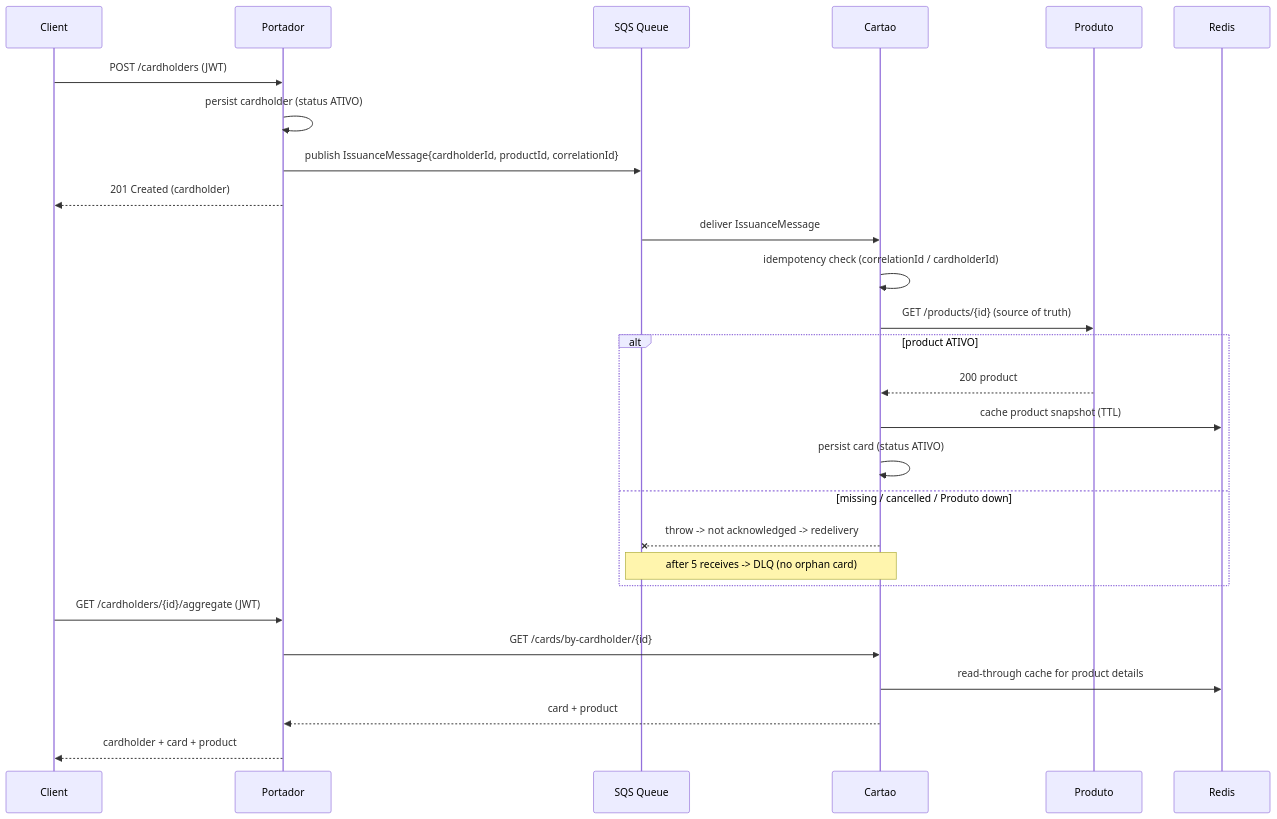
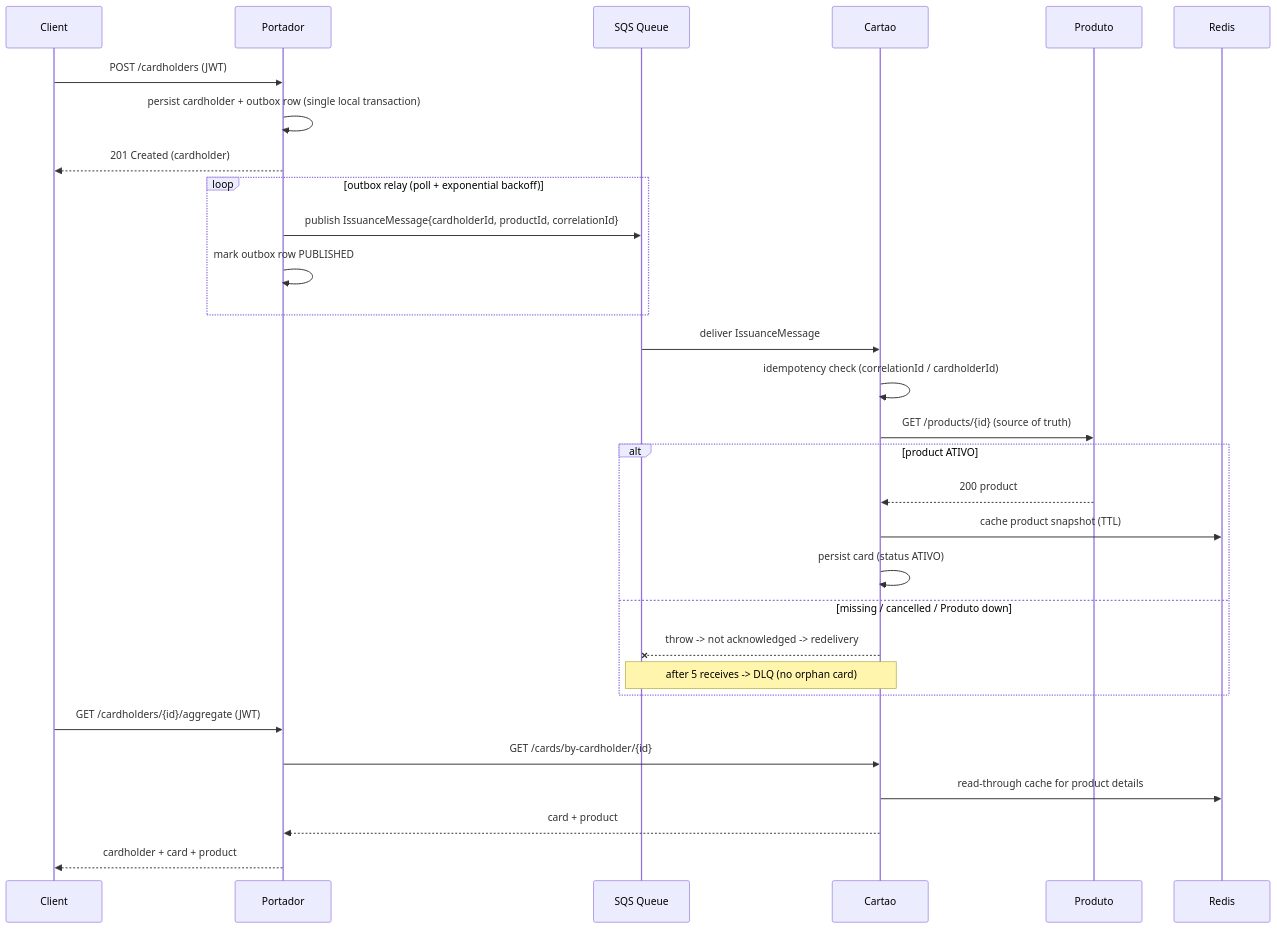
Before and after one commit to albjoaov/card-process: the second of 2 diagrams in README.md, drawn with Mermaid. The commit also changed other lines of this file and 1 other file, not shown here.

Commit message:
docs: document the transactional outbox in readme and implementation

````diff
--- a/README.md
+++ b/README.md
@@ -72,32 +74,36 @@
 ```mermaid
 sequenceDiagram
     participant C as Client
     participant P as Portador
     participant Q as SQS Queue
     participant K as Cartao
     participant D as Produto
     participant R as Redis
 
     C->>P: POST /cardholders (JWT)
-    P->>P: persist cardholder (status ATIVO)
-    P->>Q: publish IssuanceMessage{cardholderId, productId, correlationId}
+    P->>P: persist cardholder + outbox row (single local transaction)
     P-->>C: 201 Created (cardholder)
+
+    loop outbox relay (poll + exponential backoff)
+        P->>Q: publish IssuanceMessage{cardholderId, productId, correlationId}
+        P->>P: mark outbox row PUBLISHED
+    end
 
     Q->>K: deliver IssuanceMessage
     K->>K: idempotency check (correlationId / cardholderId)
     K->>D: GET /products/{id} (source of truth)
     alt product ATIVO
         D-->>K: 200 product
         K->>R: cache product snapshot (TTL)
         K->>K: persist card (status ATIVO)
     else missing / cancelled / Produto down
         K--xQ: throw -> not acknowledged -> redelivery
         Note over Q,K: after 5 receives -> DLQ (no orphan card)
     end
 
     C->>P: GET /cardholders/{id}/aggregate (JWT)
     P->>K: GET /cards/by-cardholder/{id}
     K->>R: read-through cache for product details
     K-->>P: card + product
     P-->>C: cardholder + card + product
 ```
````
